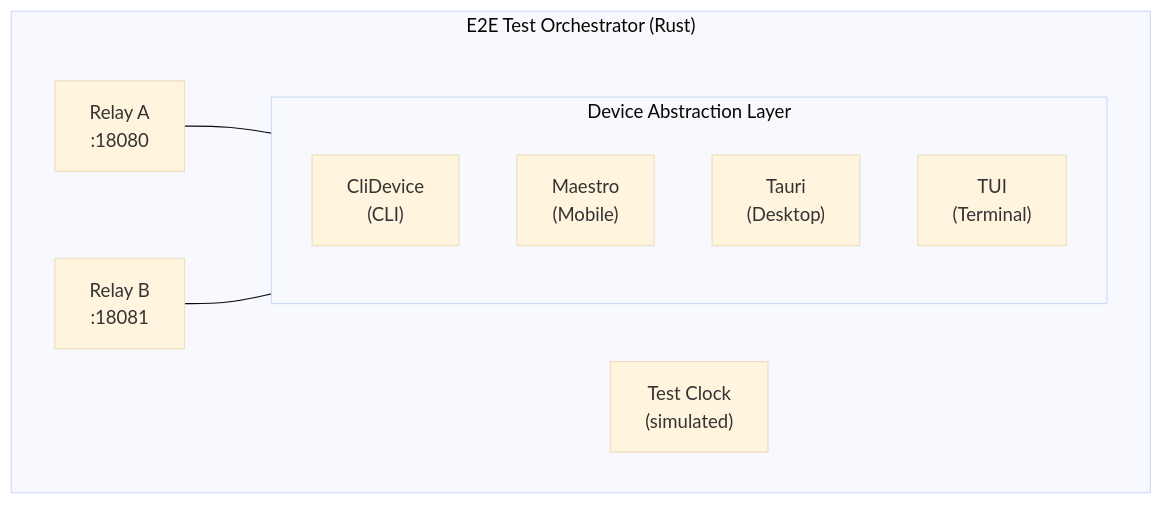
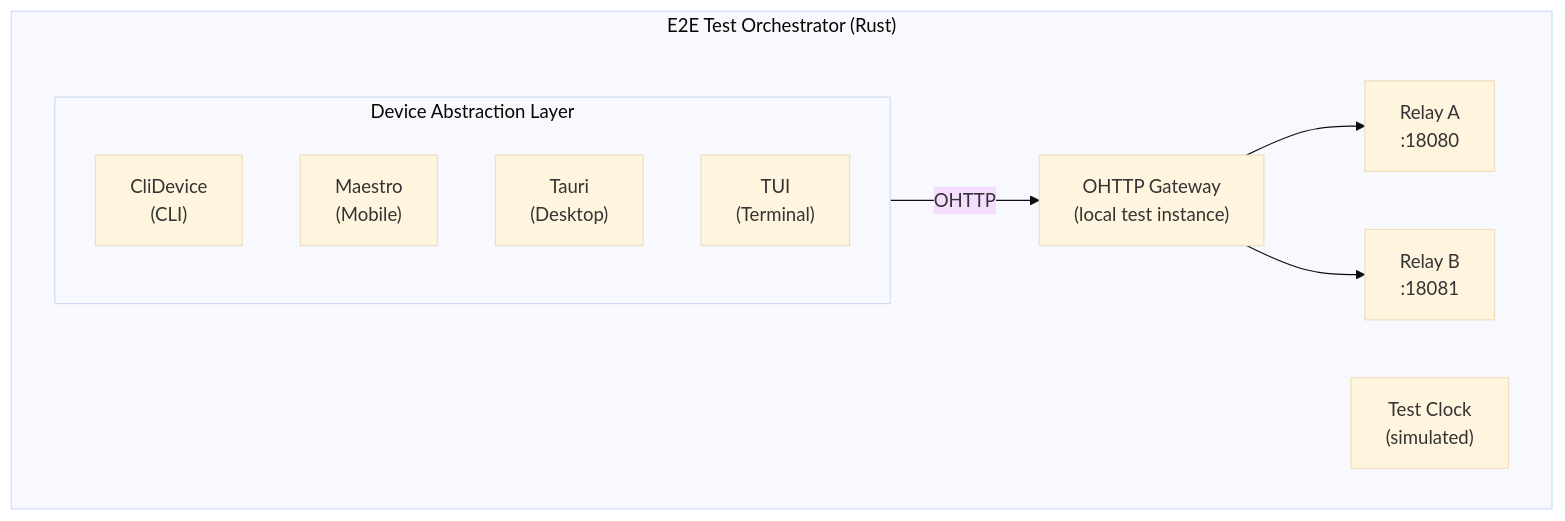
The diagram in README.md (vauchi/e2e), drawn with Mermaid (base theme) before and after one commit. The commit also changed other lines of this file, not shown here.

First line of the commit message:
docs: route E2E orchestrator through OHTTP gateway per ADR-037

````diff
--- a/README.md
+++ b/README.md
@@ -208,16 +208,18 @@
 ```mermaid
 flowchart TB
     subgraph Orchestrator["E2E Test Orchestrator (Rust)"]
+        Gateway["OHTTP Gateway<br/>(local test instance)"]
         RelayA["Relay A<br/>:18080"]
         RelayB["Relay B<br/>:18081"]
         Clock["Test Clock<br/>(simulated)"]
         subgraph DAL["Device Abstraction Layer"]
             CliDevice["CliDevice<br/>(CLI)"]
             Maestro["Maestro<br/>(Mobile)"]
             Tauri["Tauri<br/>(Desktop)"]
             TUI["TUI<br/>(Terminal)"]
         end
-        RelayA --- DAL
-        RelayB --- DAL
+        DAL -- "OHTTP" --> Gateway
+        Gateway --> RelayA
+        Gateway --> RelayB
     end
 ```
````
